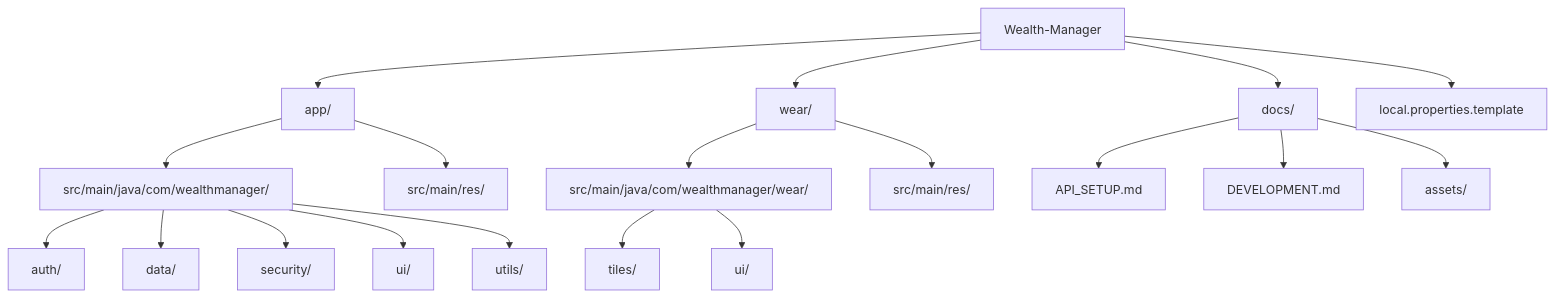
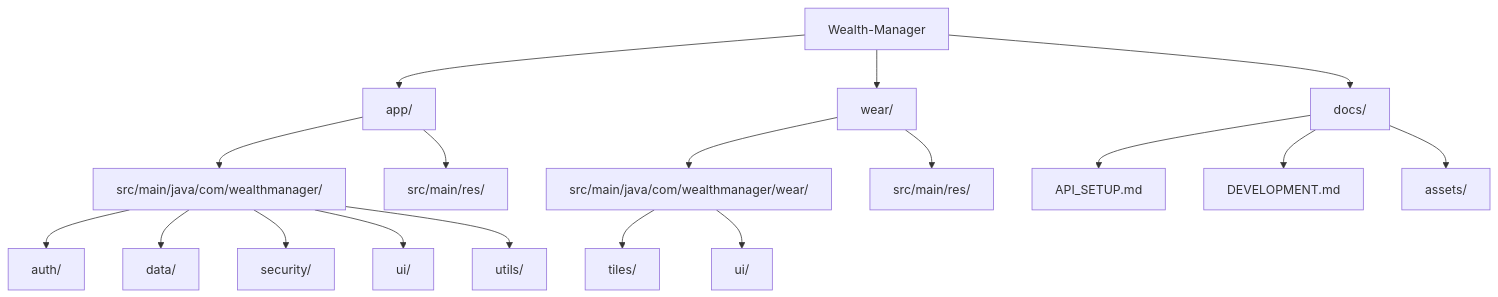
Before and after one commit to kuoyaoming/Wealth-Manager: the second of 2 diagrams in README.md, drawn with Mermaid. The commit also changed other lines of this file and 9 other files, not shown here.

````diff
--- a/README.md
+++ b/README.md
@@ -142,26 +142,25 @@
 ```mermaid
 graph TD
     A[Wealth-Manager] --> B[app/]
     A --> C[wear/]
     A --> D[docs/]
-    A --> E[local.properties.template]
     
     B --> B1[src/main/java/com/wealthmanager/]
     B --> B2[src/main/res/]
     
     B1 --> B1a[auth/]
     B1 --> B1b[data/]
     B1 --> B1c[security/]
     B1 --> B1d[ui/]
     B1 --> B1e[utils/]
     
     C --> C1[src/main/java/com/wealthmanager/wear/]
     C --> C2[src/main/res/]
     
     C1 --> C1a[tiles/]
     C1 --> C1b[ui/]
     
     D --> D1[API_SETUP.md]
     D --> D2[DEVELOPMENT.md]
     D --> D3[assets/]
 ```
````
